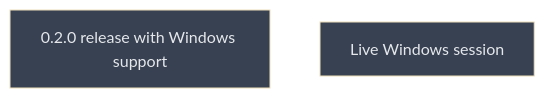
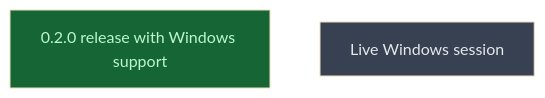
Before and after one commit to CrackingShells/Murmuration: the diagram in __roadmap__/windows_install/next/next/next/next/README.md, drawn with Mermaid (base theme). The commit also changed other lines of this file and 8 other files, not shown here.

First line of the commit message:
rdm(windows_install): record the 0.3.0 release and the install from Nest

````diff
--- a/__roadmap__/windows_install/next/next/next/next/README.md
+++ b/__roadmap__/windows_install/next/next/next/next/README.md
@@ -16,10 +16,10 @@
 ```mermaid
 graph TD
-    release[0.2.0 release with Windows support]:::planned
+    release[0.2.0 release with Windows support]:::done
     next[Live Windows session]:::planned
     classDef done       fill:#166534,color:#bbf7d0
     classDef inprogress fill:#854d0e,color:#fef08a
     classDef planned    fill:#374151,color:#e5e7eb
     classDef amendment  fill:#1e3a5f,color:#bfdbfe
     classDef blocked    fill:#7f1d1d,color:#fecaca
 ```
````
